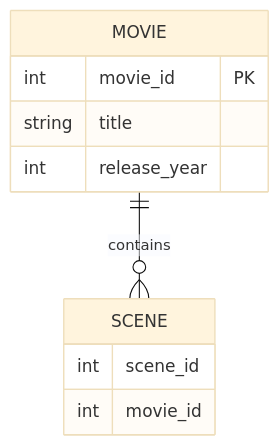
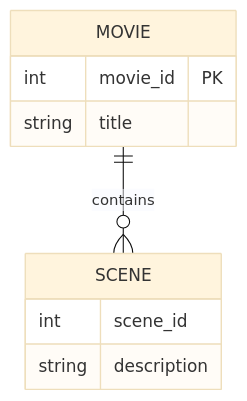
One commit to DagimAlemayehuu/Ater changed the diagram in Obsidian_Vault/2-Academic/Autumn 2025/Database_Systems/3_Relational_Model_And_Database_Design/Weak_Entity_Type.md. Above: the diagram before and after it, drawn with Mermaid (base theme). The commit also changed other lines of this file and 41 other files, not shown here.

````diff
--- a/Obsidian_Vault/2-Academic/Autumn 2025/Database_Systems/3_Relational_Model_And_Database_Design/Weak_Entity_Type.md
+++ b/Obsidian_Vault/2-Academic/Autumn 2025/Database_Systems/3_Relational_Model_And_Database_Design/Weak_Entity_Type.md
@@ -33,13 +35,12 @@
 ```mermaid
 erDiagram
     MOVIE ||--o{ SCENE : "contains"
     MOVIE {
         int movie_id PK
         string title
-        int release_year
     }
     SCENE {
         int scene_id
-        int movie_id
+        string description
     }
 ```
````
